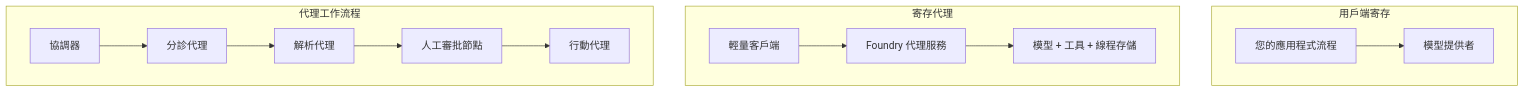
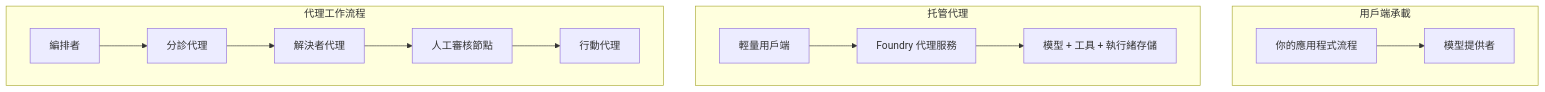
One commit to gabrielmoreira/agent-skills-mirror changed the first of 4 diagrams in mirrors/repos/microsoft@ai-agents-for-beginners/translations/zh-MO/16-deploying-scalable-agents/README.md. Above: the diagram before and after it, drawn with Mermaid. The commit also changed other lines of this file and 4262 other files, not shown here.

````diff
--- a/mirrors/repos/microsoft@ai-agents-for-beginners/translations/zh-MO/16-deploying-scalable-agents/README.md
+++ b/mirrors/repos/microsoft@ai-agents-for-beginners/translations/zh-MO/16-deploying-scalable-agents/README.md
@@ -87,16 +87,16 @@
 ```mermaid
 flowchart TB
-    subgraph P1[用戶端寄存]
-        A1[您的應用程式流程] --> M1[模型提供者]
+    subgraph P1[用戶端承載]
+        A1[你的應用程式流程] --> M1[模型提供者]
     end
-    subgraph P2[寄存代理]
-        A2[輕量客戶端] --> F2[Foundry 代理服務]
-        F2 --> M2[模型 + 工具 + 線程存儲]
+    subgraph P2[托管代理]
+        A2[輕量用戶端] --> F2[Foundry 代理服務]
+        F2 --> M2[模型 + 工具 + 執行緒存儲]
     end
     subgraph P3[代理工作流程]
-        A3[協調器] --> S1[分診代理]
-        S1 --> S2[解析代理]
-        S2 --> H[人工審批節點]
+        A3[編排者] --> S1[分診代理]
+        S1 --> S2[解決者代理]
+        S2 --> H[人工審核節點]
         H --> S3[行動代理]
     end
 ```
````
